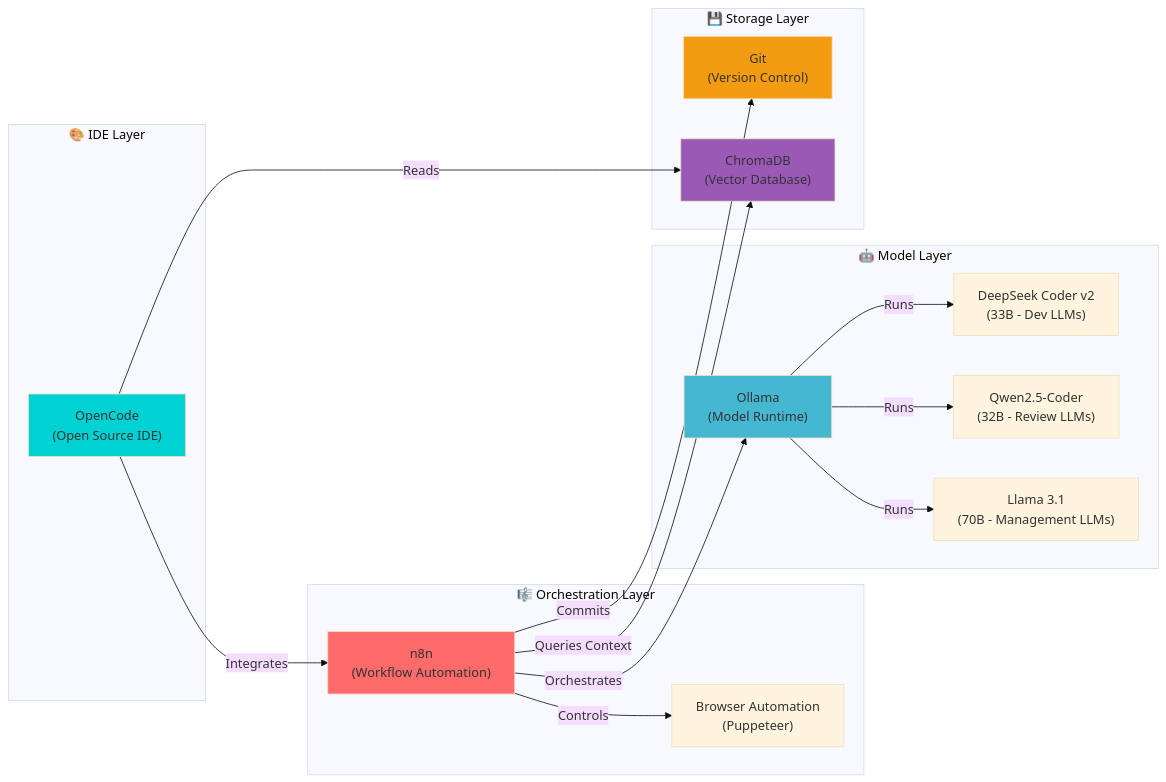
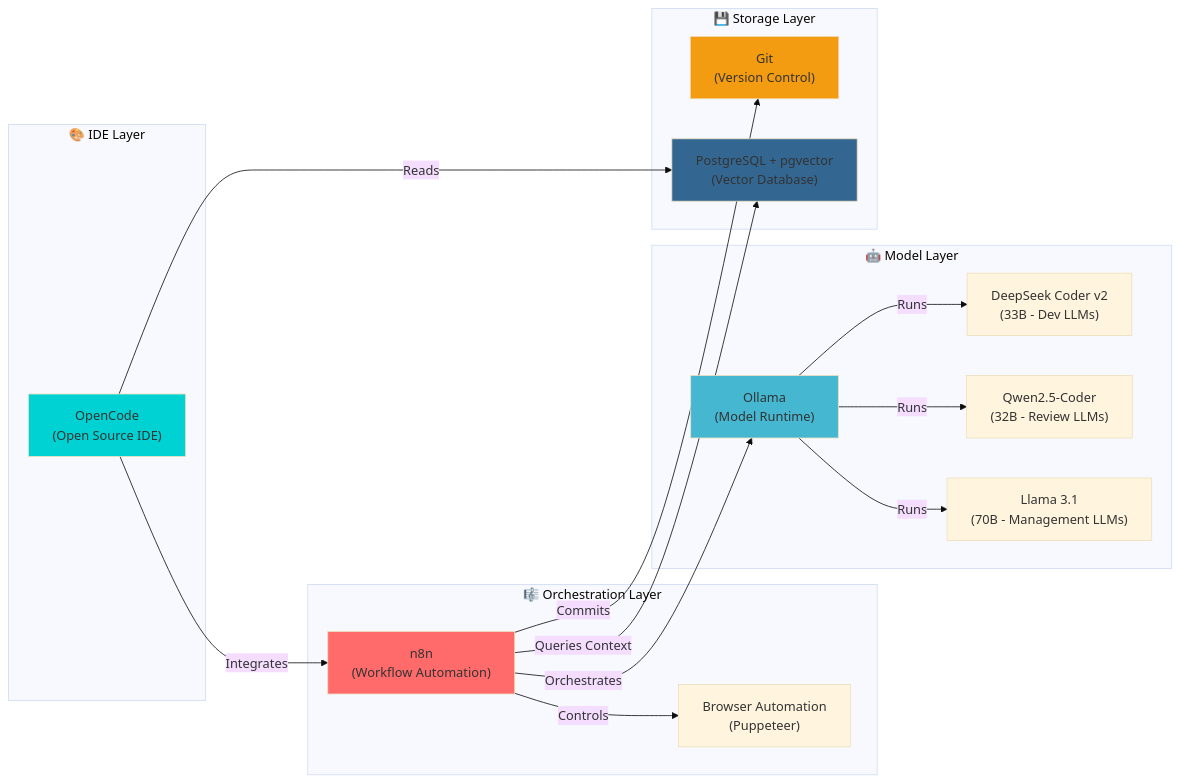
One commit to rubenvdlinde/rubenlinde changed the fourth of 13 diagrams in blog/personal/2025-01-26-lokale-ai-dev-omgeving.md. Above: the diagram before and after it, drawn with Mermaid (base theme). The commit also changed other lines of this file, not shown here.

Commit message:
Evaluate and improve blog: add cloud cost reality (â‚¬1-2k/month), attribute Council of LLMs concept to AutoGPT/BabyAGI/AutoGen, replace ChromaDB with PostgreSQL+pgvector, clarify challenge (can LLMs replace dev team), add 24 sources total

````diff
--- a/blog/personal/2025-01-26-lokale-ai-dev-omgeving.md
+++ b/blog/personal/2025-01-26-lokale-ai-dev-omgeving.md
@@ -331,39 +333,39 @@
 ```mermaid
 graph LR
     subgraph IDE["🎨 IDE Layer"]
         OpenCode["OpenCode<br/>(Open Source IDE)"]
     end
 
     subgraph Orchestration["🎼 Orchestration Layer"]
         n8n["n8n<br/>(Workflow Automation)"]
         Browser["Browser Automation<br/>(Puppeteer)"]
     end
 
     subgraph Models["🤖 Model Layer"]
         Ollama["Ollama<br/>(Model Runtime)"]
         DeepSeek["DeepSeek Coder v2<br/>(33B - Dev LLMs)"]
         Qwen["Qwen2.5-Coder<br/>(32B - Review LLMs)"]
         Llama["Llama 3.1<br/>(70B - Management LLMs)"]
     end
 
     subgraph Storage["💾 Storage Layer"]
         Git["Git<br/>(Version Control)"]
-        Chroma["ChromaDB<br/>(Vector Database)"]
+        PG["PostgreSQL + pgvector<br/>(Vector Database)"]
     end
 
     OpenCode -->|Integrates| n8n
     n8n -->|Orchestrates| Ollama
     n8n -->|Controls| Browser
     Ollama -->|Runs| DeepSeek
     Ollama -->|Runs| Qwen
     Ollama -->|Runs| Llama
     n8n -->|Commits| Git
-    n8n -->|Queries Context| Chroma
-    OpenCode -->|Reads| Chroma
+    n8n -->|Queries Context| PG
+    OpenCode -->|Reads| PG
 
     style OpenCode fill:#00d2d3
     style n8n fill:#ff6b6b
     style Ollama fill:#45b7d1
     style Git fill:#f39c12
-    style Chroma fill:#9b59b6
+    style PG fill:#336791
 ```
````
